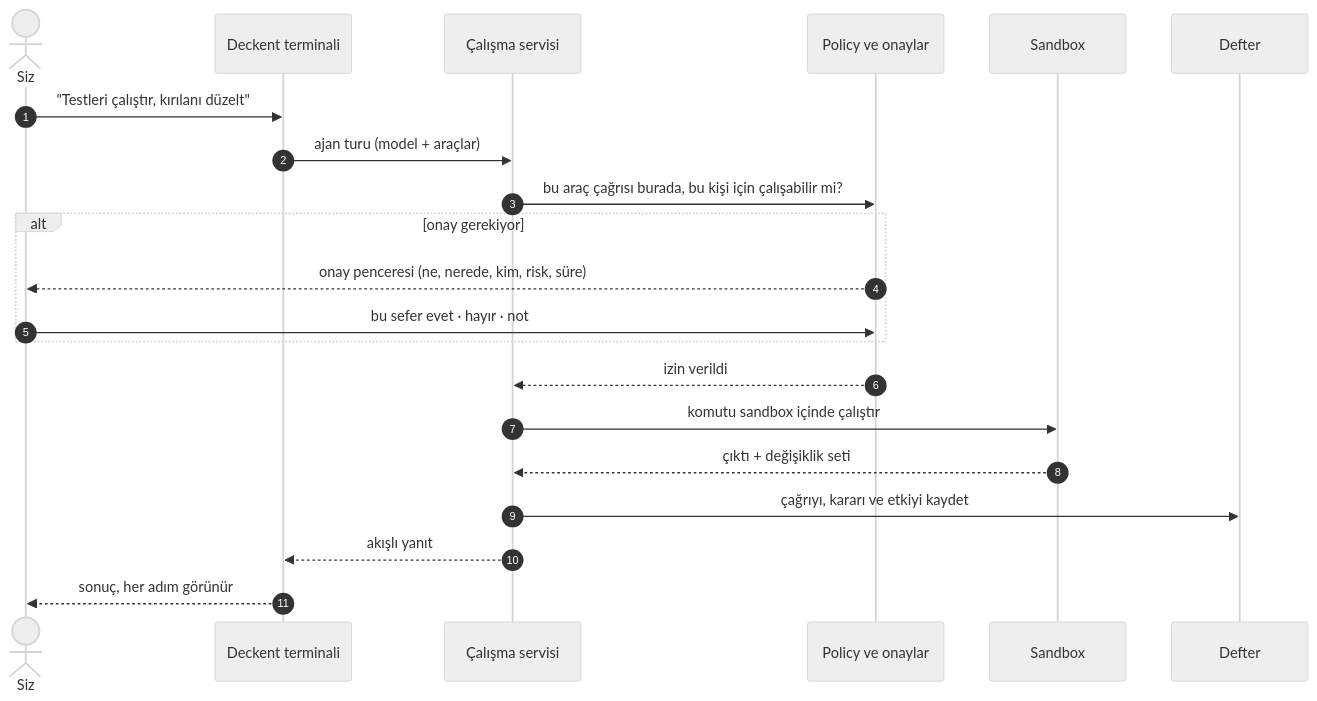
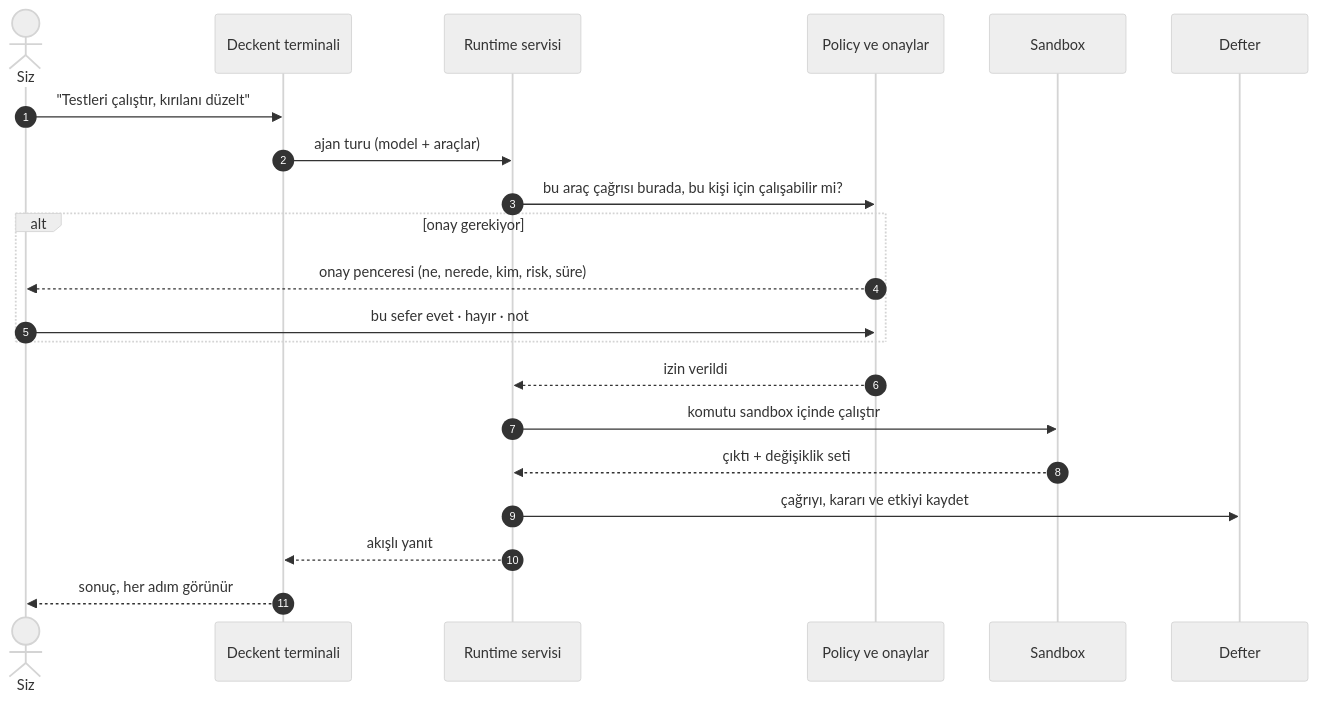
Before and after one commit to Verhex/deckent-next: the first of 6 diagrams in README.tr.md, drawn with Mermaid (neutral theme). The commit also changed other lines of this file and 3 other files, not shown here.

````diff
--- a/README.tr.md
+++ b/README.tr.md
@@ -64,23 +62,23 @@
 ```mermaid
 sequenceDiagram
   autonumber
   actor Siz
   participant T as Deckent terminali
-  participant R as Çalışma servisi
+  participant R as Runtime servisi
   participant P as Policy ve onaylar
   participant B as Sandbox
   participant L as Defter
   Siz->>T: "Testleri çalıştır, kırılanı düzelt"
   T->>R: ajan turu (model + araçlar)
   R->>P: bu araç çağrısı burada, bu kişi için çalışabilir mi?
   alt onay gerekiyor
     P-->>Siz: onay penceresi (ne, nerede, kim, risk, süre)
     Siz->>P: bu sefer evet · hayır · not
   end
   P-->>R: izin verildi
   R->>B: komutu sandbox içinde çalıştır
   B-->>R: çıktı + değişiklik seti
   R->>L: çağrıyı, kararı ve etkiyi kaydet
   R-->>T: akışlı yanıt
   T-->>Siz: sonuç, her adım görünür
 ```
````
